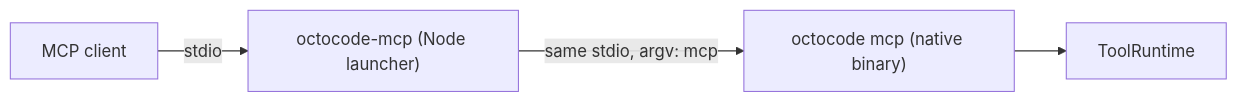
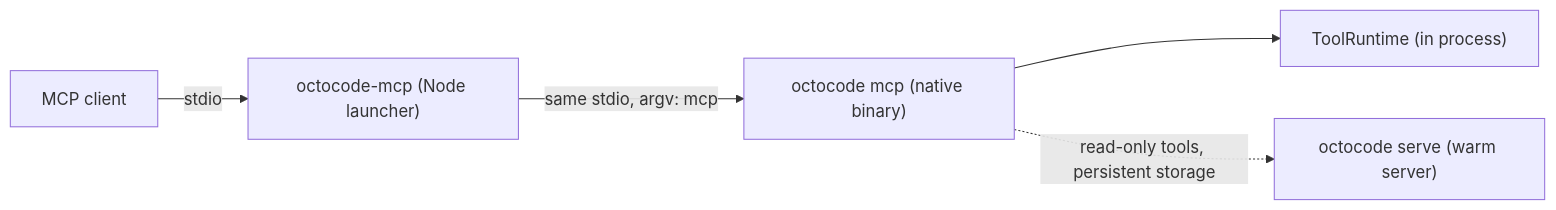
The diagram in packages/octocode-mcp/ARCHITECTURE.md (bgauryy/octocode), drawn with Mermaid before and after one commit. The commit also changed other lines of this file and 811 other files, not shown here.

````diff
--- a/packages/octocode-mcp/ARCHITECTURE.md
+++ b/packages/octocode-mcp/ARCHITECTURE.md
@@ -8,6 +8,7 @@
 ```mermaid
 flowchart LR
   client[MCP client] -- stdio --> launcher["octocode-mcp (Node launcher)"]
   launcher -- "same stdio, argv: mcp" --> bin["octocode mcp (native binary)"]
-  bin --> runtime[ToolRuntime]
+  bin --> runtime["ToolRuntime (in process)"]
+  bin -. "read-only tools, persistent storage" .-> serve["octocode serve (warm server)"]
 ```
````
